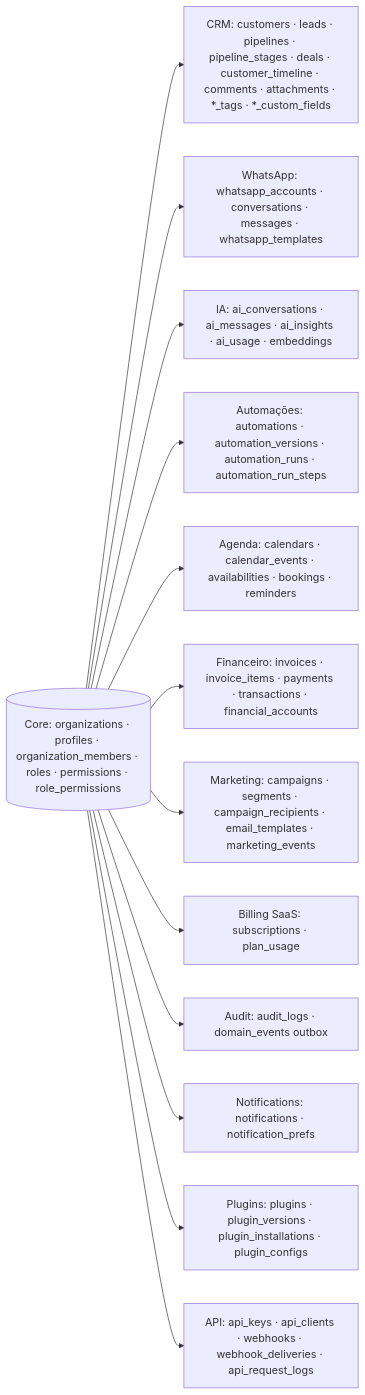
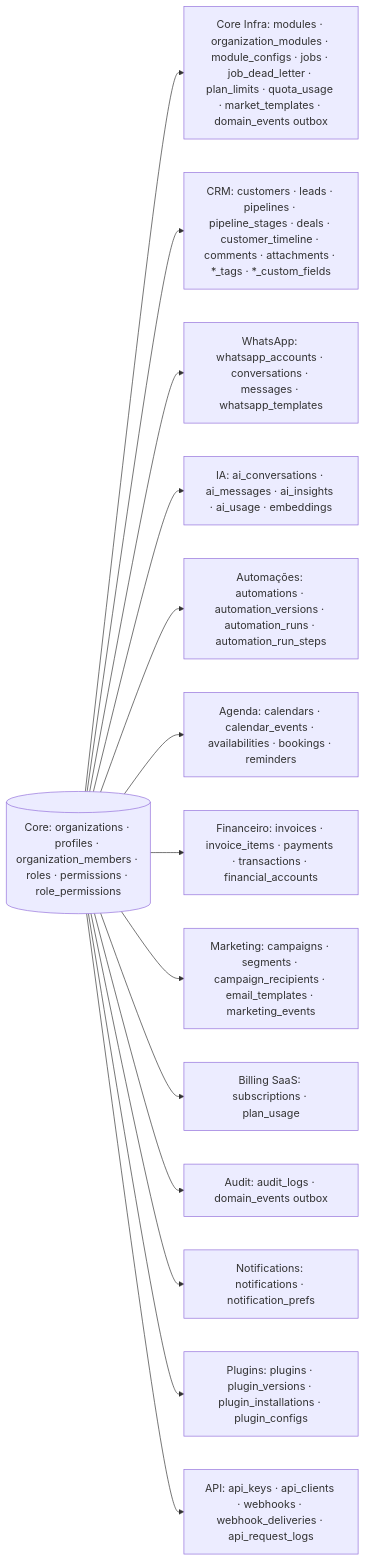
The second of 3 diagrams in docs/PLATFORM_ARCHITECTURE.md (niltinhoapp/connect-zenith-flow), drawn with Mermaid before and after one commit. The commit also changed other lines of this file and 48 other files, not shown here.

````diff
--- a/docs/PLATFORM_ARCHITECTURE.md
+++ b/docs/PLATFORM_ARCHITECTURE.md
@@ -257,16 +285,17 @@
 ```mermaid
 flowchart LR
   ORG[(Core: organizations · profiles · organization_members · roles · permissions · role_permissions)]
+  ORG --> INFRA[Core Infra: modules · organization_modules · module_configs · jobs · job_dead_letter · plan_limits · quota_usage · market_templates · domain_events outbox]
   ORG --> CRM[CRM: customers · leads · pipelines · pipeline_stages · deals · customer_timeline · comments · attachments · *_tags · *_custom_fields]
   ORG --> WA[WhatsApp: whatsapp_accounts · conversations · messages · whatsapp_templates]
   ORG --> IA[IA: ai_conversations · ai_messages · ai_insights · ai_usage · embeddings]
   ORG --> AUTO[Automações: automations · automation_versions · automation_runs · automation_run_steps]
   ORG --> CAL[Agenda: calendars · calendar_events · availabilities · bookings · reminders]
   ORG --> FIN[Financeiro: invoices · invoice_items · payments · transactions · financial_accounts]
   ORG --> MKT[Marketing: campaigns · segments · campaign_recipients · email_templates · marketing_events]
   ORG --> BILL[Billing SaaS: subscriptions · plan_usage]
   ORG --> AUD[Audit: audit_logs · domain_events outbox]
   ORG --> NOTIF[Notifications: notifications · notification_prefs]
   ORG --> PLUG[Plugins: plugins · plugin_versions · plugin_installations · plugin_configs]
   ORG --> API[API: api_keys · api_clients · webhooks · webhook_deliveries · api_request_logs]
 ```
````
